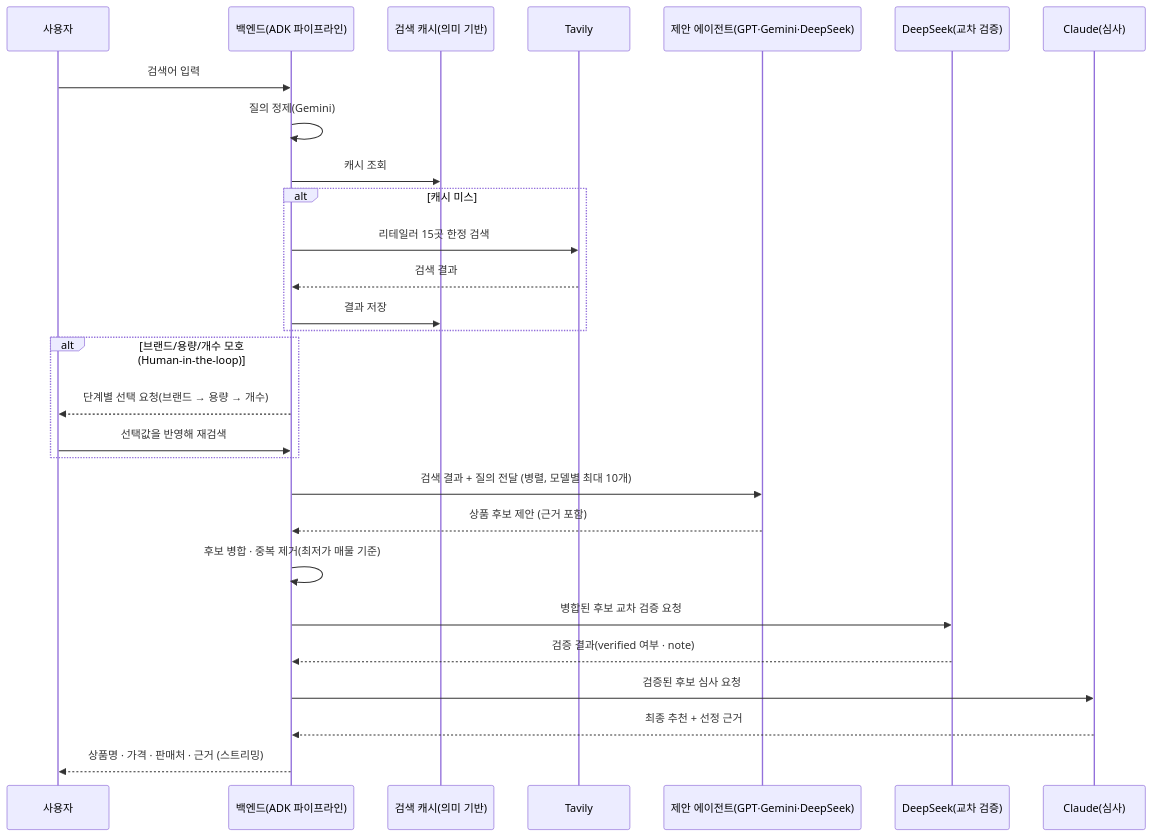
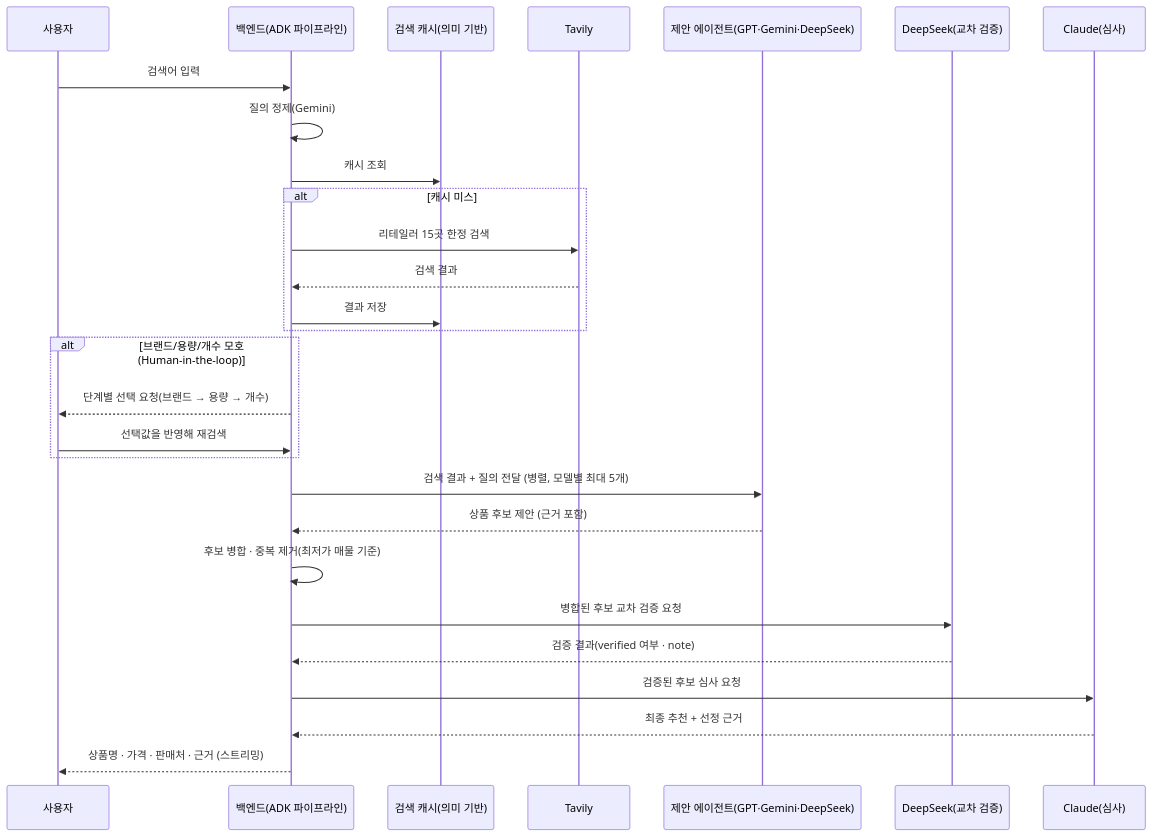
The second of 2 diagrams in README.md (Alpha-pick00/Alpha-pick00.github.io), drawn with Mermaid before and after one commit. The commit also changed other lines of this file and 2 other files, not shown here.

````diff
--- a/README.md
+++ b/README.md
@@ -156,31 +156,31 @@
 ```mermaid
 sequenceDiagram
     participant U as 사용자
     participant B as 백엔드(ADK 파이프라인)
     participant Cache as 검색 캐시(의미 기반)
     participant T as Tavily
     participant P as 제안 에이전트(GPT·Gemini·DeepSeek)
     participant D as DeepSeek(교차 검증)
     participant J as Claude(심사)
 
     U->>B: 검색어 입력
     B->>B: 질의 정제(Gemini)
     B->>Cache: 캐시 조회
     alt 캐시 미스
         B->>T: 리테일러 15곳 한정 검색
         T-->>B: 검색 결과
         B->>Cache: 결과 저장
     end
     alt 브랜드/용량/개수 모호 (Human-in-the-loop)
         B-->>U: 단계별 선택 요청(브랜드 → 용량 → 개수)
         U->>B: 선택값을 반영해 재검색
     end
-    B->>P: 검색 결과 + 질의 전달 (병렬, 모델별 최대 10개)
+    B->>P: 검색 결과 + 질의 전달 (병렬, 모델별 최대 5개)
     P-->>B: 상품 후보 제안 (근거 포함)
     B->>B: 후보 병합 · 중복 제거(최저가 매물 기준)
     B->>D: 병합된 후보 교차 검증 요청
     D-->>B: 검증 결과(verified 여부 · note)
     B->>J: 검증된 후보 심사 요청
     J-->>B: 최종 추천 + 선정 근거
     B-->>U: 상품명 · 가격 · 판매처 · 근거 (스트리밍)
 ```
````
